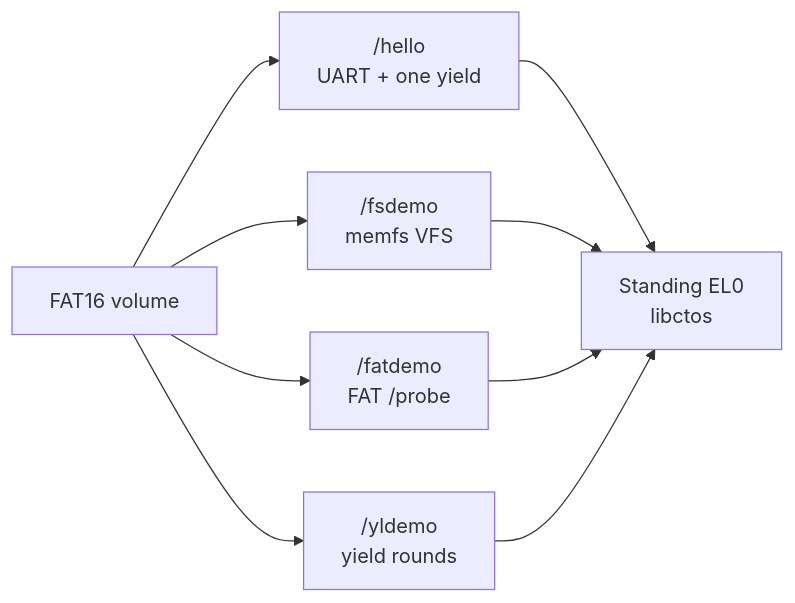
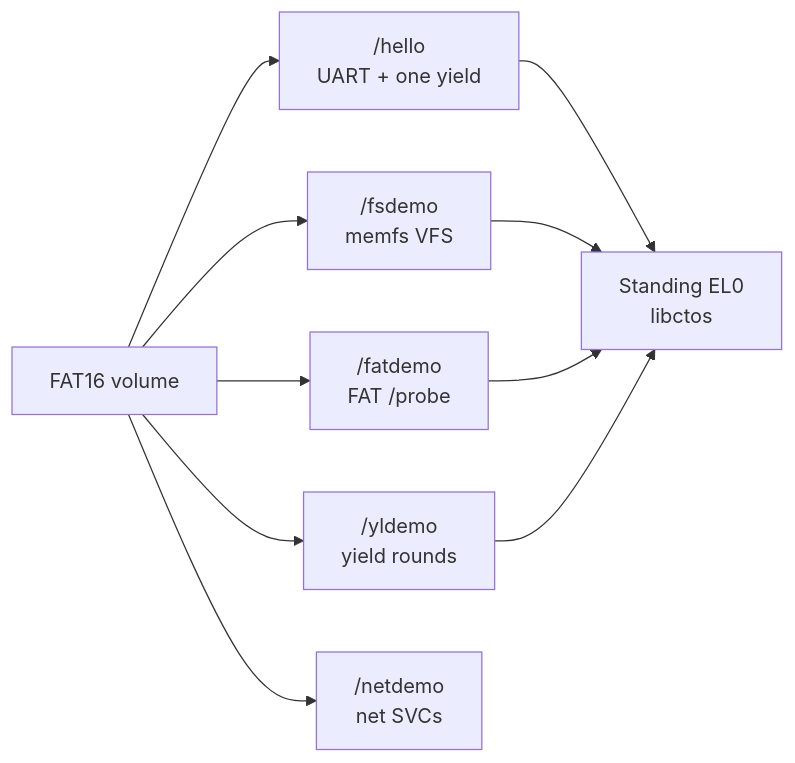
Before and after one commit to artofdream/ctos: the first of 4 diagrams in docs/overview/what-can-run.md, drawn with Mermaid. The commit also changed other lines of this file and 31 other files, not shown here.

````diff
--- a/docs/overview/what-can-run.md
+++ b/docs/overview/what-can-run.md
@@ -13,11 +13,12 @@
 ```mermaid
 flowchart LR
   FAT["FAT16 volume"] --> H["/hello<br/>UART + one yield"]
   FAT --> F["/fsdemo<br/>memfs VFS"]
   FAT --> D["/fatdemo<br/>FAT /probe"]
   FAT --> Y["/yldemo<br/>yield rounds"]
+  FAT --> N["/netdemo<br/>net SVCs"]
   H --> EL0["Standing EL0<br/>libctos"]
   F --> EL0
   D --> EL0
   Y --> EL0
 ```
````
